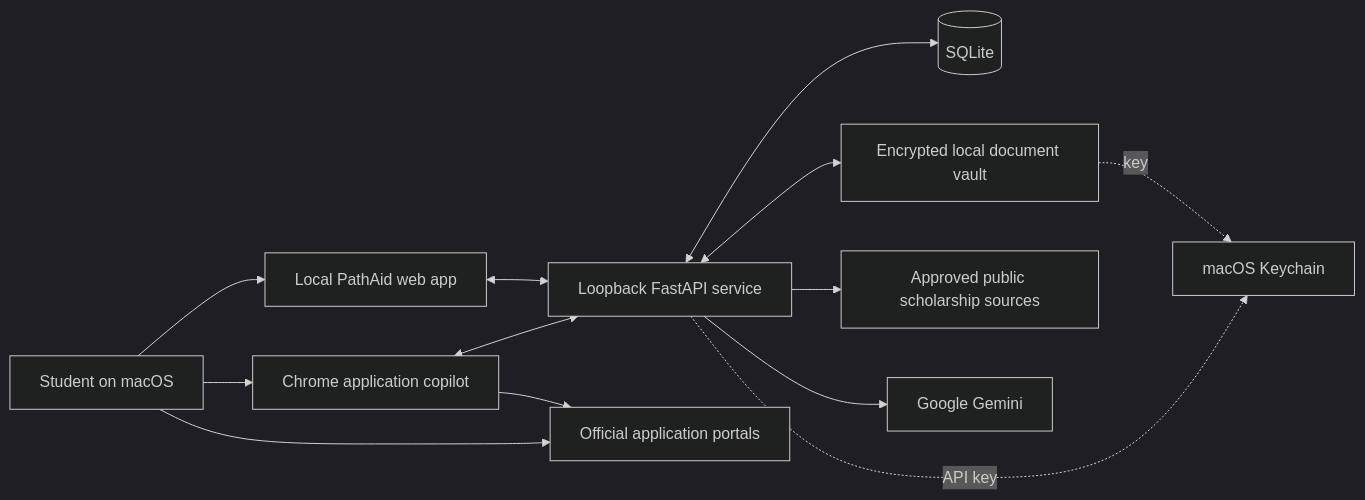
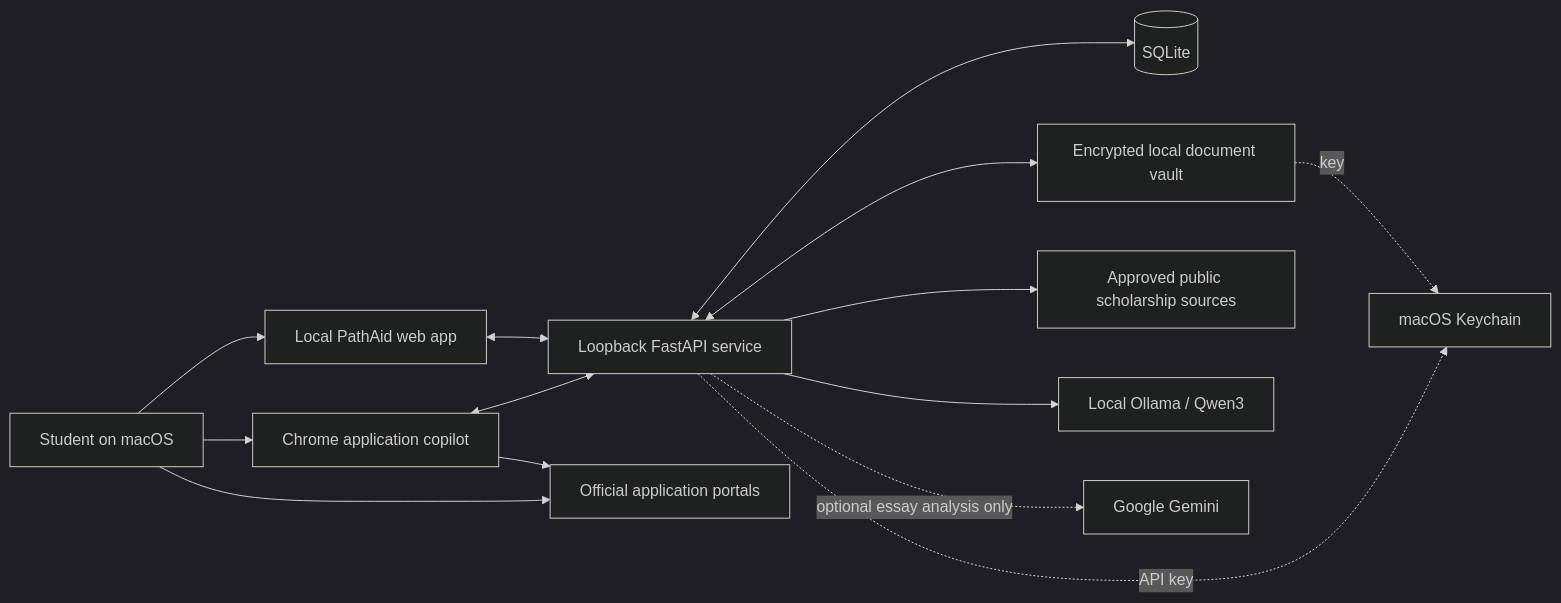
The first of 5 diagrams in docs/ARCHITECTURE_DIAGRAM.md (ajiang05/Pathaid), drawn with Mermaid (dark theme) before and after one commit. The commit also changed other lines of this file and 31 other files, not shown here.

````diff
--- a/docs/ARCHITECTURE_DIAGRAM.md
+++ b/docs/ARCHITECTURE_DIAGRAM.md
@@ -8,26 +8,28 @@
 ```mermaid
 flowchart LR
     User[Student on macOS]
     Web[Local PathAid web app]
     Ext[Chrome application copilot]
     API[Loopback FastAPI service]
     DB[(SQLite)]
     Vault[Encrypted local document vault]
     Keychain[macOS Keychain]
     Public[Approved public scholarship sources]
     Portal[Official application portals]
+    Ollama[Local Ollama / Qwen3]
     Gemini[Google Gemini]
 
     User --> Web
     User --> Ext
     Web <--> API
     Ext <--> API
     API <--> DB
     API <--> Vault
     Vault -. key .-> Keychain
     API -. API key .-> Keychain
     API --> Public
-    API --> Gemini
+    API --> Ollama
+    API -. optional essay analysis only .-> Gemini
     Ext --> Portal
     User --> Portal
 ```
````
